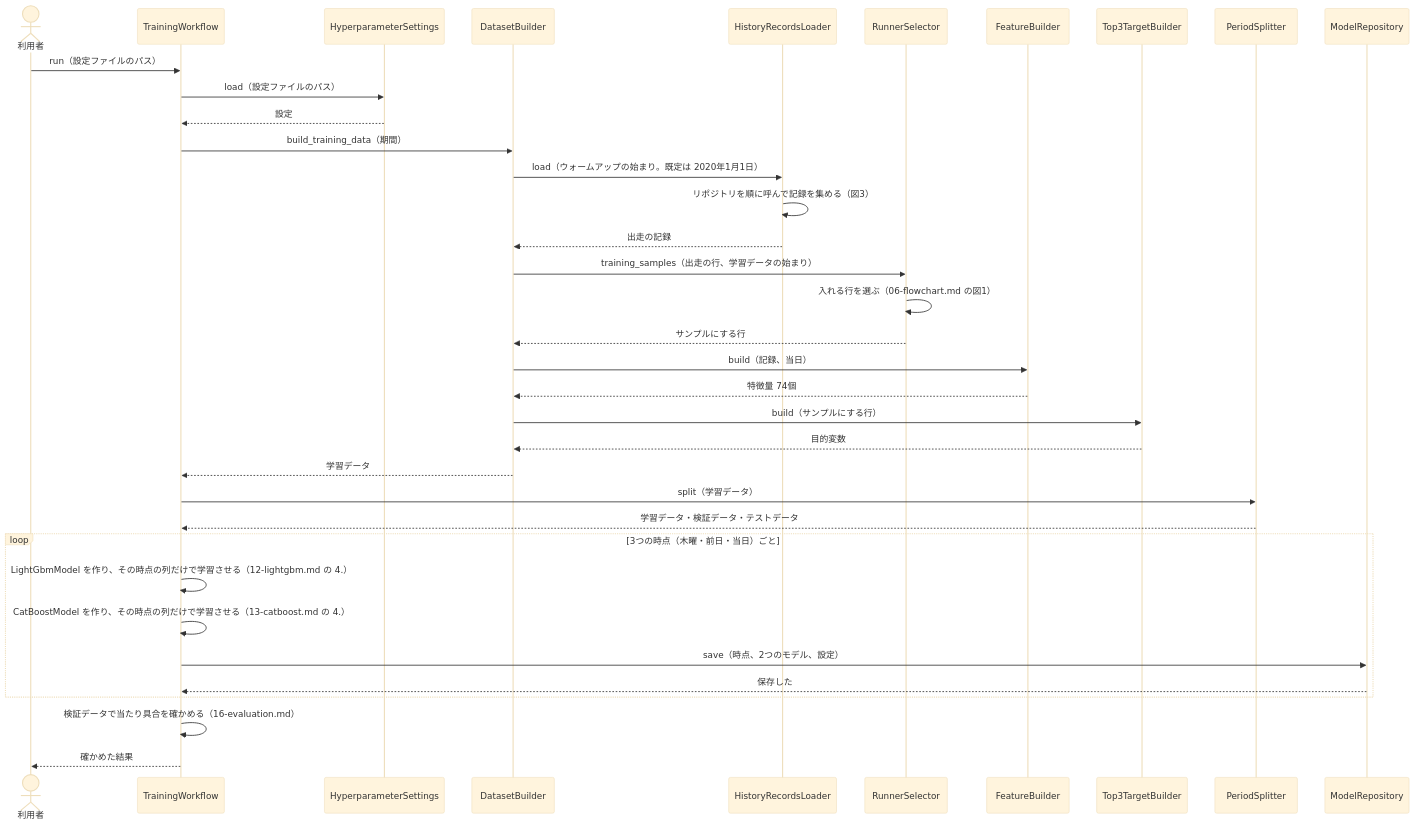
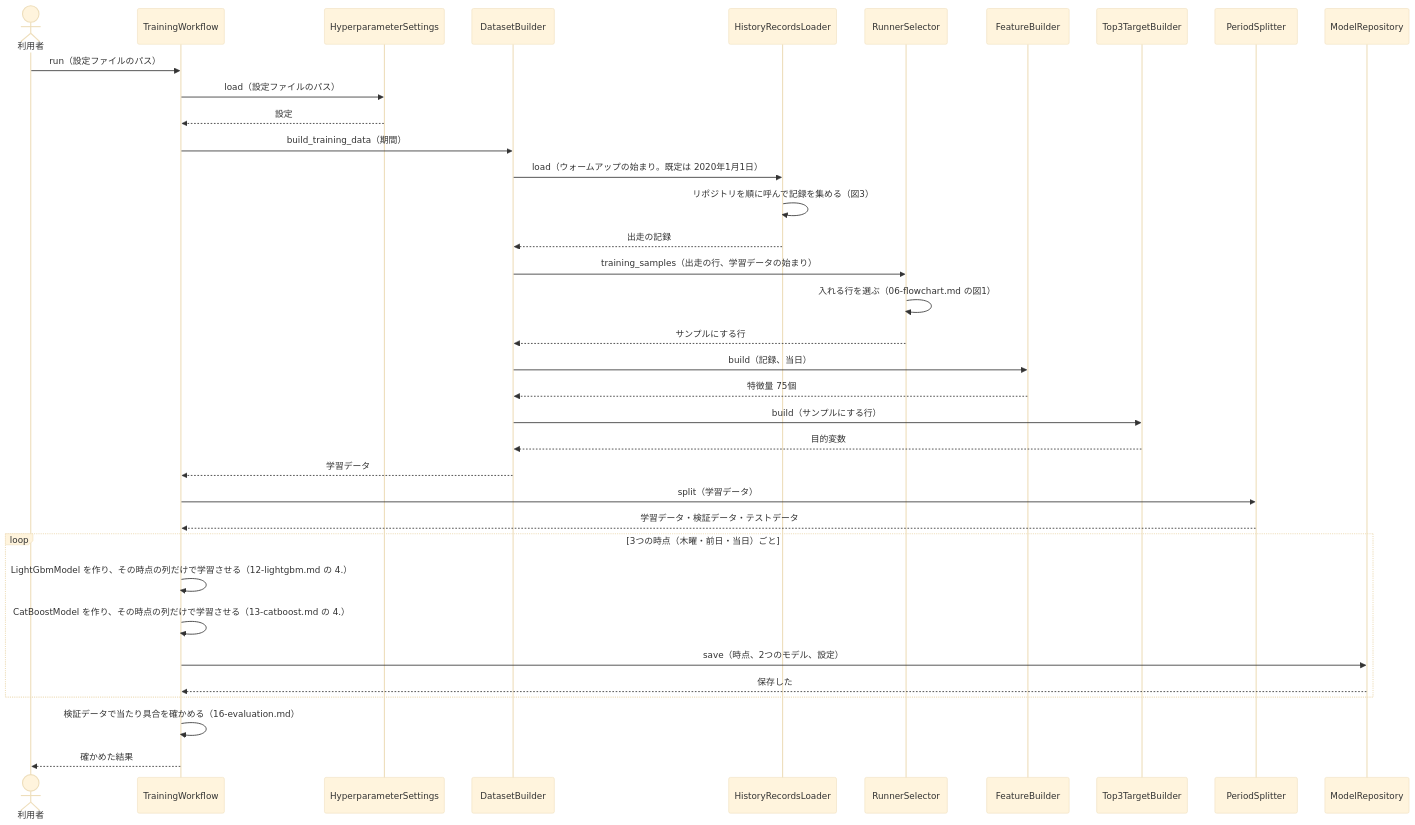
One commit to ht-0328/keiba-yosou changed the first of 4 diagrams in docs/design/近走と適性から3着以内を予想/05-sequence.md. Above: the diagram before and after it, drawn with Mermaid (base theme). The commit also changed other lines of this file and 24 other files, not shown here.

````diff
--- a/docs/design/近走と適性から3着以内を予想/05-sequence.md
+++ b/docs/design/近走と適性から3着以内を予想/05-sequence.md
@@ -40,38 +40,38 @@
 ```mermaid
 sequenceDiagram
     actor U as 利用者
     participant W as TrainingWorkflow
     participant H as HyperparameterSettings
     participant D as DatasetBuilder
     participant L as HistoryRecordsLoader
     participant RS as RunnerSelector
     participant F as FeatureBuilder
     participant T as Top3TargetBuilder
     participant S as PeriodSplitter
     participant MR as ModelRepository
     U->>W: run（設定ファイルのパス）
     W->>H: load（設定ファイルのパス）
     H-->>W: 設定
     W->>D: build_training_data（期間）
     D->>L: load（ウォームアップの始まり。既定は 2020年1月1日）
     L->>L: リポジトリを順に呼んで記録を集める（図3）
     L-->>D: 出走の記録
     D->>RS: training_samples（出走の行、学習データの始まり）
     RS->>RS: 入れる行を選ぶ（06-flowchart.md の図1）
     RS-->>D: サンプルにする行
     D->>F: build（記録、当日）
-    F-->>D: 特徴量 74個
+    F-->>D: 特徴量 75個
     D->>T: build（サンプルにする行）
     T-->>D: 目的変数
     D-->>W: 学習データ
     W->>S: split（学習データ）
     S-->>W: 学習データ・検証データ・テストデータ
     loop 3つの時点（木曜・前日・当日）ごと
         W->>W: LightGbmModel を作り、その時点の列だけで学習させる（12-lightgbm.md の 4.）
         W->>W: CatBoostModel を作り、その時点の列だけで学習させる（13-catboost.md の 4.）
         W->>MR: save（時点、2つのモデル、設定）
         MR-->>W: 保存した
     end
     W->>W: 検証データで当たり具合を確かめる（16-evaluation.md）
     W-->>U: 確かめた結果
 ```
````
